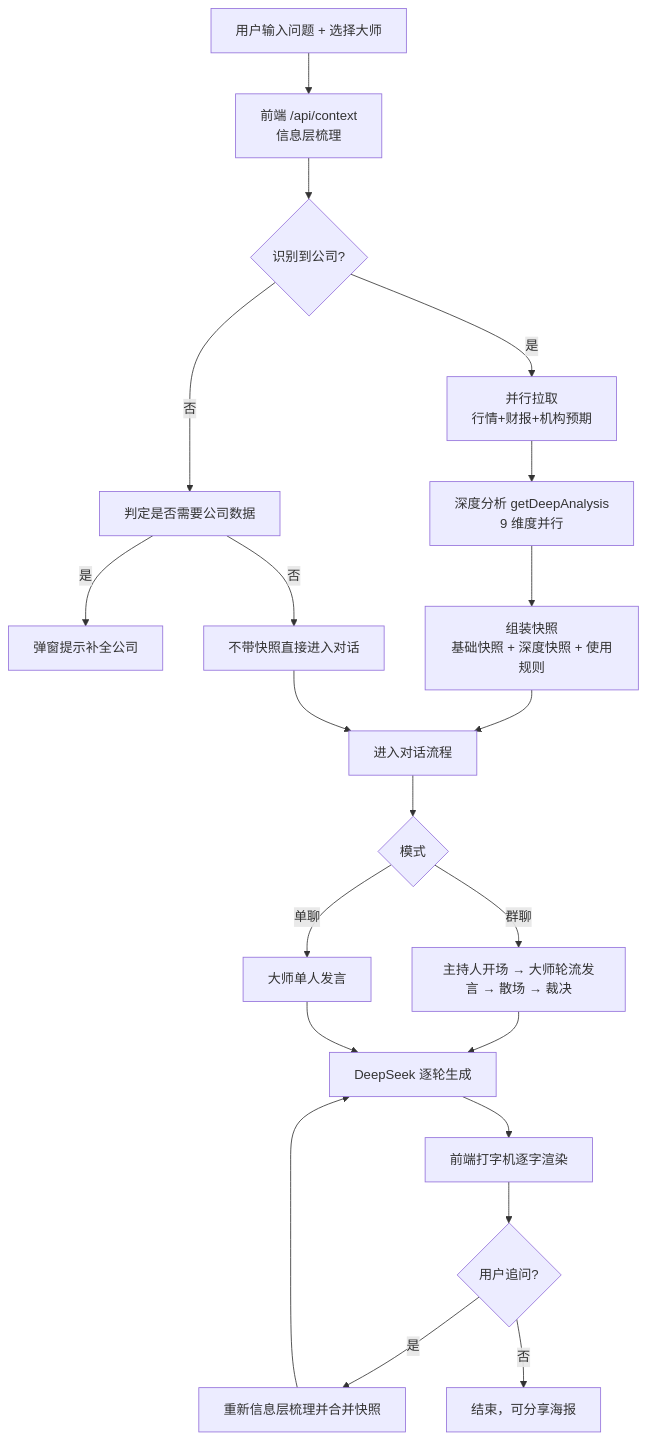
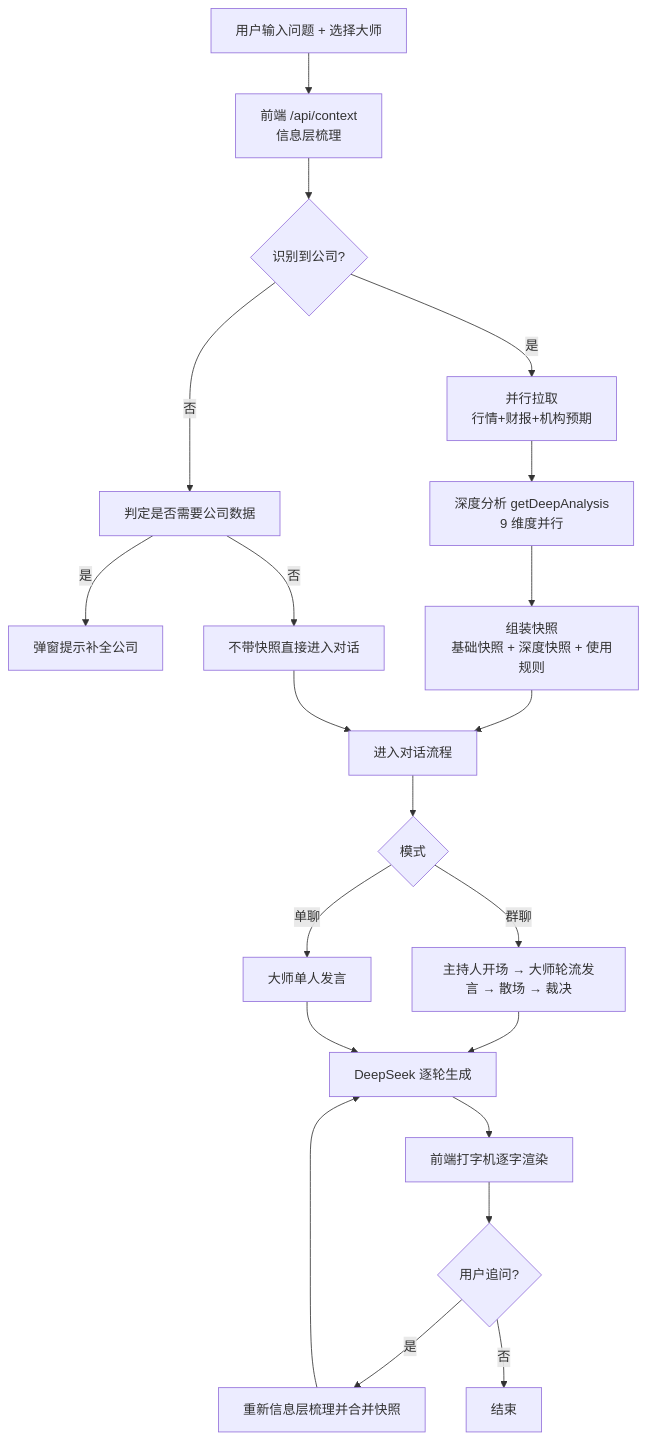
The diagram in memory/PRD.md (Allen202505/think-tank), drawn with Mermaid before and after one commit. The commit also changed other lines of this file and 24 other files, not shown here.

````diff
--- a/memory/PRD.md
+++ b/memory/PRD.md
@@ -58,22 +57,22 @@
 ```mermaid
 flowchart TB
     A[用户输入问题 + 选择大师] --> B[前端 /api/context<br/>信息层梳理]
     B --> C{识别到公司?}
     C -- 否 --> D[判定是否需要公司数据]
     D -- 是 --> E[弹窗提示补全公司]
     D -- 否 --> F[不带快照直接进入对话]
     C -- 是 --> G[并行拉取<br/>行情+财报+机构预期]
     G --> H[深度分析 getDeepAnalysis<br/>9 维度并行]
     H --> I[组装快照<br/>基础快照 + 深度快照 + 使用规则]
     I --> J[进入对话流程]
     F --> J
     J --> K{模式}
     K -- 群聊 --> L[主持人开场 → 大师轮流发言 → 散场 → 裁决]
     K -- 单聊 --> M[大师单人发言]
     L --> N[DeepSeek 逐轮生成]
     M --> N
     N --> O[前端打字机逐字渲染]
     O --> P{用户追问?}
     P -- 是 --> Q[重新信息层梳理并合并快照] --> N
-    P -- 否 --> R[结束，可分享海报]
+    P -- 否 --> R[结束]
 ```
````
